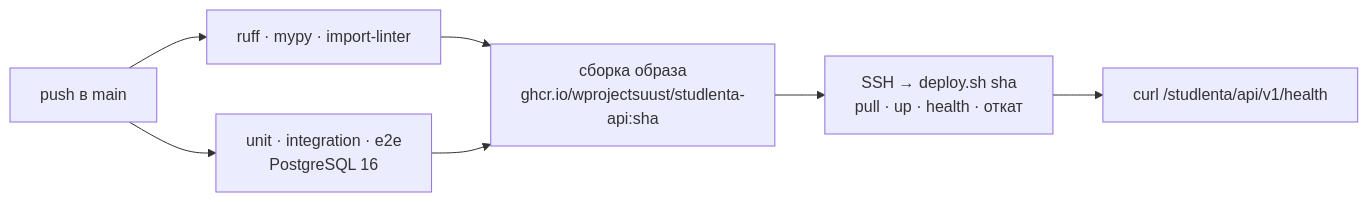
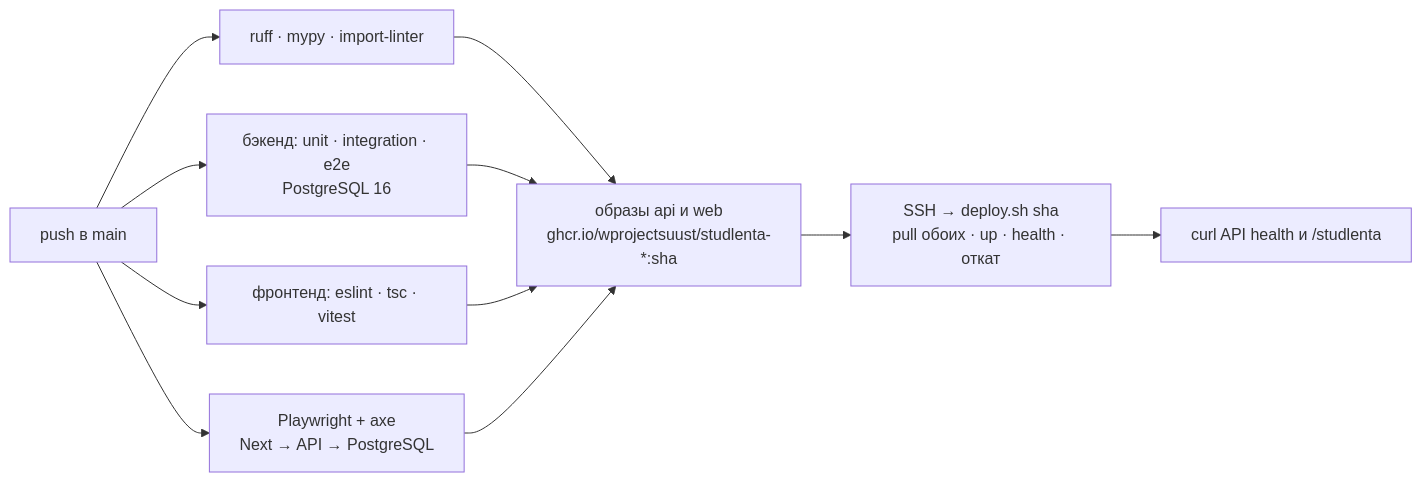
The diagram in docs/deploy.md (wprojectsuust/studlenta), drawn with Mermaid before and after one commit. The commit also changed other lines of this file and 6 other files, not shown here.

````diff
--- a/docs/deploy.md
+++ b/docs/deploy.md
@@ -8,9 +8,10 @@
 ```mermaid
 flowchart LR
   push[push в main] --> checks[ruff · mypy · import-linter]
-  push --> tests[unit · integration · e2e\nPostgreSQL 16]
-  checks --> image[сборка образа\nghcr.io/wprojectsuust/studlenta-api:sha]
-  tests --> image
-  image --> deploy[SSH → deploy.sh sha\npull · up · health · откат]
-  deploy --> smoke[curl /studlenta/api/v1/health]
+  push --> tests[бэкенд: unit · integration · e2e\nPostgreSQL 16]
+  push --> web[фронтенд: eslint · tsc · vitest]
+  push --> e2e[Playwright + axe\nNext → API → PostgreSQL]
+  checks & tests & web & e2e --> image[образы api и web\nghcr.io/wprojectsuust/studlenta-*:sha]
+  image --> deploy[SSH → deploy.sh sha\npull обоих · up · health · откат]
+  deploy --> smoke[curl API health и /studlenta]
 ```
````
